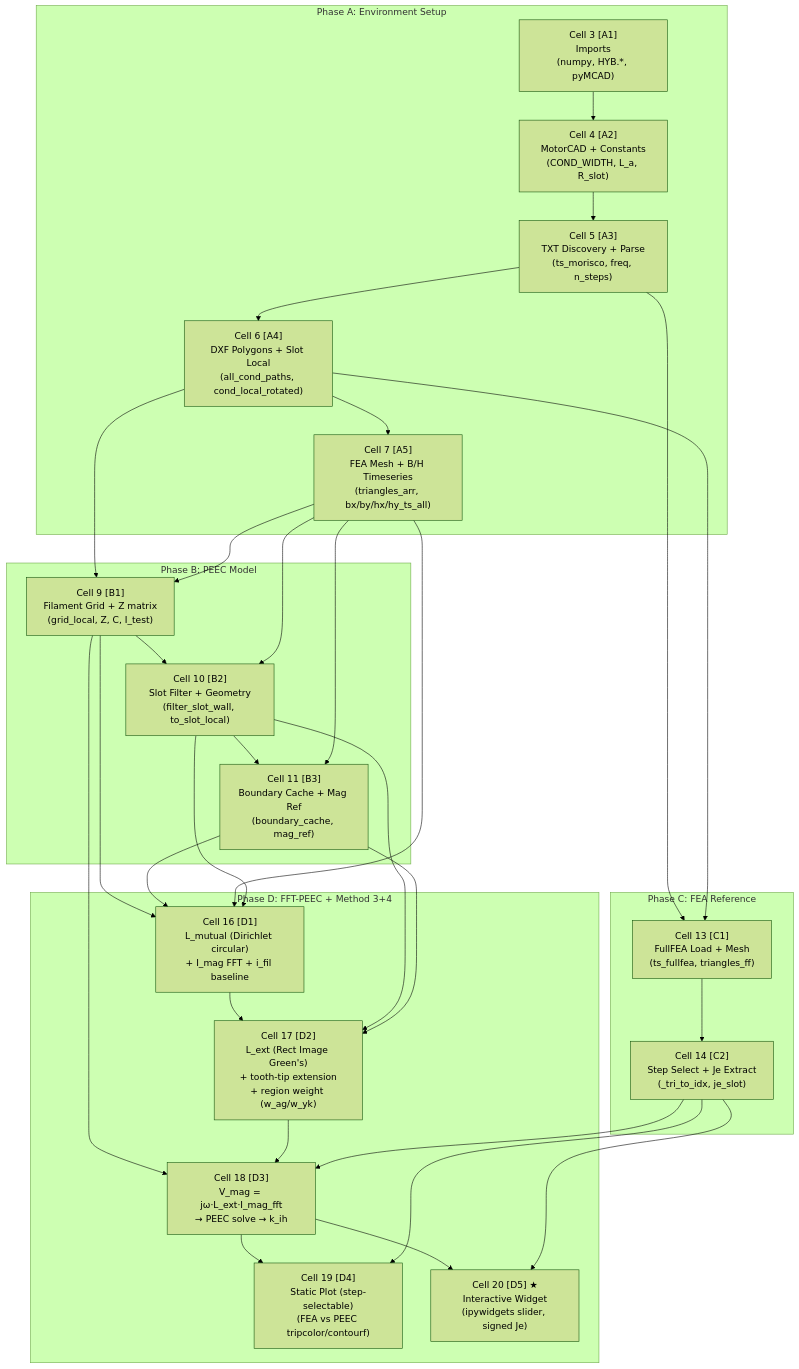
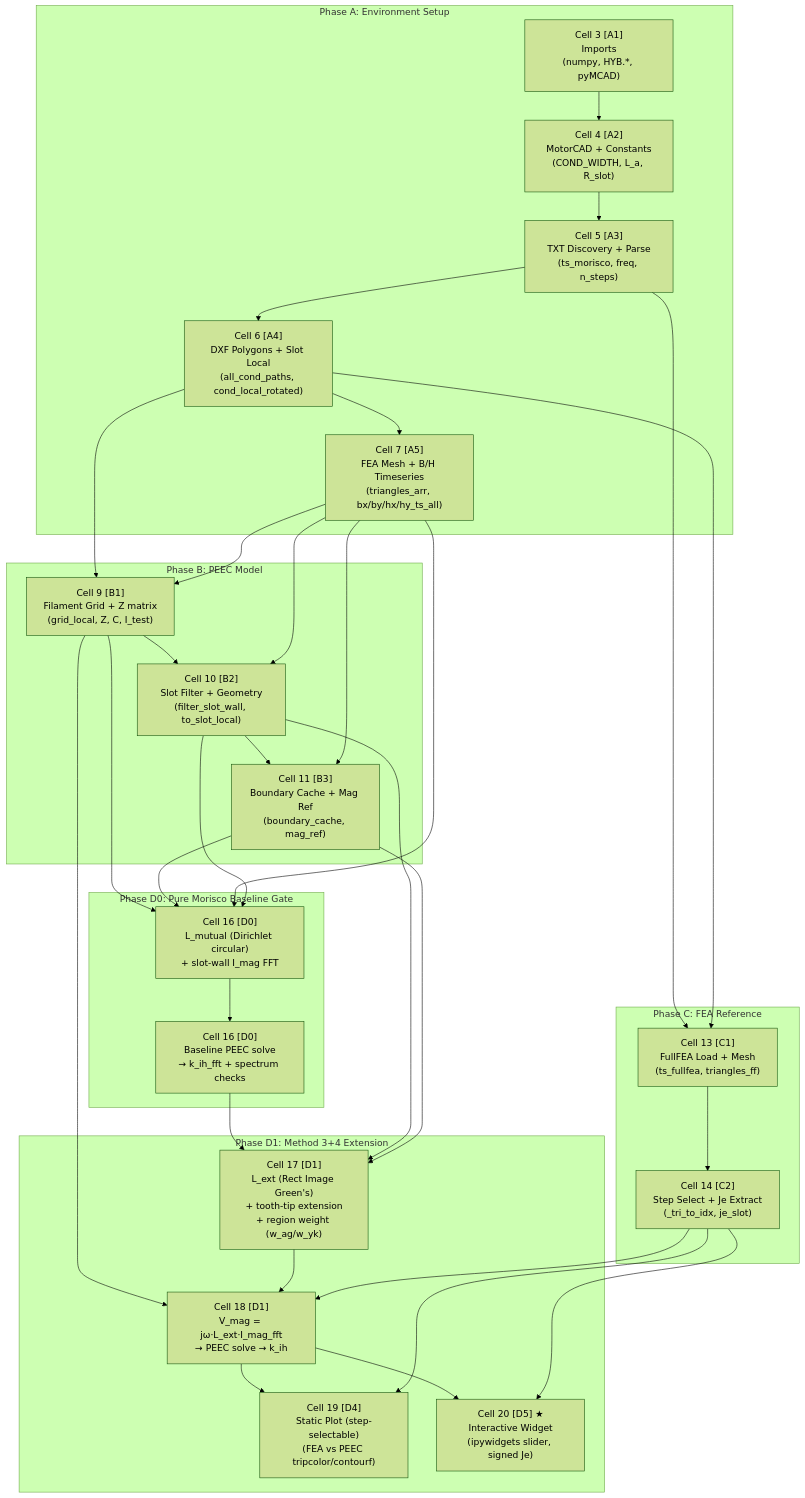
Before and after one commit to enjoyneer87/eMach: the first of 3 diagrams in mlxperPJT/JEET/PIPELINE_EXECUTION_PLAN.md, drawn with Mermaid (forest theme). The commit also changed other lines of this file and 3 other files, not shown here.

````diff
--- a/mlxperPJT/JEET/PIPELINE_EXECUTION_PLAN.md
+++ b/mlxperPJT/JEET/PIPELINE_EXECUTION_PLAN.md
@@ -35,43 +44,48 @@
 ```mermaid
 flowchart TD
     subgraph A["Phase A: Environment Setup"]
         A1["Cell 3 [A1]<br/>Imports<br/>(numpy, HYB.*, pyMCAD)"]
         A2["Cell 4 [A2]<br/>MotorCAD + Constants<br/>(COND_WIDTH, L_a, R_slot)"]
         A3["Cell 5 [A3]<br/>TXT Discovery + Parse<br/>(ts_morisco, freq, n_steps)"]
         A4["Cell 6 [A4]<br/>DXF Polygons + Slot Local<br/>(all_cond_paths, cond_local_rotated)"]
         A5["Cell 7 [A5]<br/>FEA Mesh + B/H Timeseries<br/>(triangles_arr, bx/by/hx/hy_ts_all)"]
     end
 
     subgraph B["Phase B: PEEC Model"]
         B1["Cell 9 [B1]<br/>Filament Grid + Z matrix<br/>(grid_local, Z, C, I_test)"]
         B2["Cell 10 [B2]<br/>Slot Filter + Geometry<br/>(filter_slot_wall, to_slot_local)"]
         B3["Cell 11 [B3]<br/>Boundary Cache + Mag Ref<br/>(boundary_cache, mag_ref)"]
     end
 
     subgraph C["Phase C: FEA Reference"]
         C1["Cell 13 [C1]<br/>FullFEA Load + Mesh<br/>(ts_fullfea, triangles_ff)"]
         C2["Cell 14 [C2]<br/>Step Select + Je Extract<br/>(_tri_to_idx, je_slot)"]
     end
 
-    subgraph D["Phase D: FFT-PEEC + Method 3+4"]
-        D1["Cell 16 [D1]<br/>L_mutual (Dirichlet circular)<br/>+ I_mag FFT + i_fil baseline"]
-        D2["Cell 17 [D2]<br/>L_ext (Rect Image Green's)<br/>+ tooth-tip extension<br/>+ region weight (w_ag/w_yk)"]
-        D3["Cell 18 [D3]<br/>V_mag = jω·L_ext·I_mag_fft<br/>→ PEEC solve → k_ih"]
+    subgraph D0["Phase D0: Pure Morisco Baseline Gate"]
+        D0A["Cell 16 [D0]<br/>L_mutual (Dirichlet circular)<br/>+ slot-wall I_mag FFT"]
+        D0B["Cell 16 [D0]<br/>Baseline PEEC solve<br/>→ k_ih_fft + spectrum checks"]
+    end
+
+    subgraph D1["Phase D1: Method 3+4 Extension"]
+        D1A["Cell 17 [D1]<br/>L_ext (Rect Image Green's)<br/>+ tooth-tip extension<br/>+ region weight (w_ag/w_yk)"]
+        D1B["Cell 18 [D1]<br/>V_mag = jω·L_ext·I_mag_fft<br/>→ PEEC solve → k_ih"]
         D4["Cell 19 [D4]<br/>Static Plot (step-selectable)<br/>(FEA vs PEEC tripcolor/contourf)"]
         D5["Cell 20 [D5] ★<br/>Interactive Widget<br/>(ipywidgets slider, signed Je)"]
     end
 
     A1 --> A2 --> A3 --> A4 --> A5
     A4 --> B1; A5 --> B1
     B1 --> B2; A5 --> B2
     B2 --> B3; A5 --> B3
 
     A3 --> C1; A4 --> C1
     C1 --> C2
 
-    B1 --> D1; B3 --> D1; A5 --> D1; B2 --> D1
-    D1 --> D2; B2 --> D2; B3 --> D2
-    B1 --> D3; D2 --> D3; C2 --> D3
-    D3 --> D4; C2 --> D4
-    D3 --> D5; C2 --> D5
+    B1 --> D0A; B3 --> D0A; A5 --> D0A; B2 --> D0A
+    D0A --> D0B
+    D0B --> D1A; B2 --> D1A; B3 --> D1A
+    B1 --> D1B; D1A --> D1B; C2 --> D1B
+    D1B --> D4; C2 --> D4
+    D1B --> D5; C2 --> D5
 ```
````
